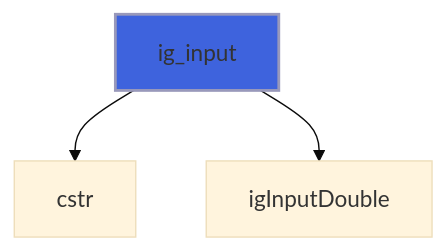
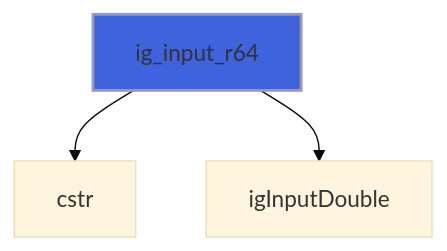
Before and after one commit to szaghi/figure: diagram 18 of 21 in docs/api/src/lib/figure_imgui.md, drawn with Mermaid (base theme). The commit also changed other lines of this file and 18 other files, not shown here.

````diff
--- a/docs/api/src/lib/figure_imgui.md
+++ b/docs/api/src/lib/figure_imgui.md
@@ -423,6 +482,6 @@
 ```mermaid
 flowchart TD
-  ig_input["ig_input"] --> cstr["cstr"]
-  ig_input["ig_input"] --> igInputDouble["igInputDouble"]
-  style ig_input fill:#3e63dd,stroke:#99b,stroke-width:2px
+  ig_input_r64["ig_input_r64"] --> cstr["cstr"]
+  ig_input_r64["ig_input_r64"] --> igInputDouble["igInputDouble"]
+  style ig_input_r64 fill:#3e63dd,stroke:#99b,stroke-width:2px
 ```
````
